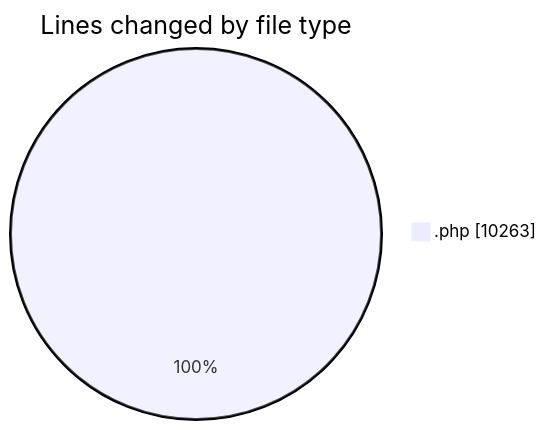
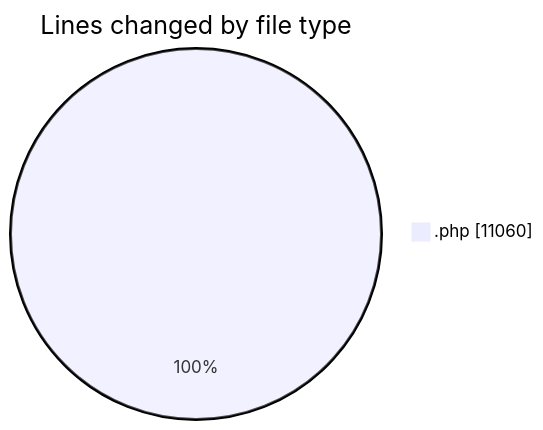
The first of 2 diagrams in 2025-07-21/shop/README.md (vahidmafi/code-tracking), drawn with Mermaid before and after one commit. The commit also changed other lines of this file and 1 other file, not shown here.

````diff
--- a/2025-07-21/shop/README.md
+++ b/2025-07-21/shop/README.md
@@ -26,5 +27,5 @@
 ```mermaid
 pie showData
 title Lines changed by file type
-".php" : 10263
+".php" : 11060
 ```
````
